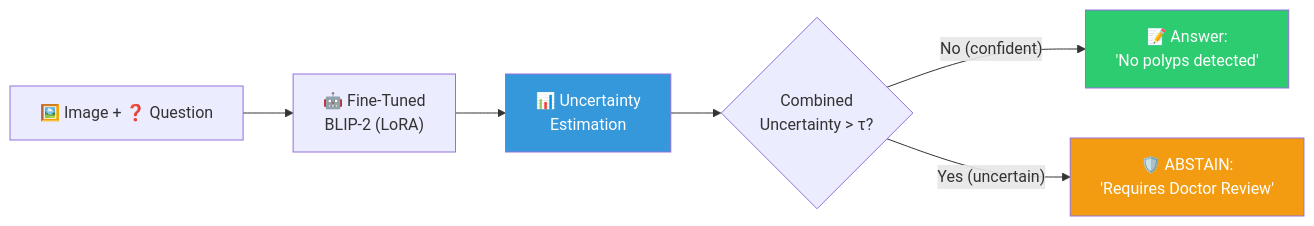
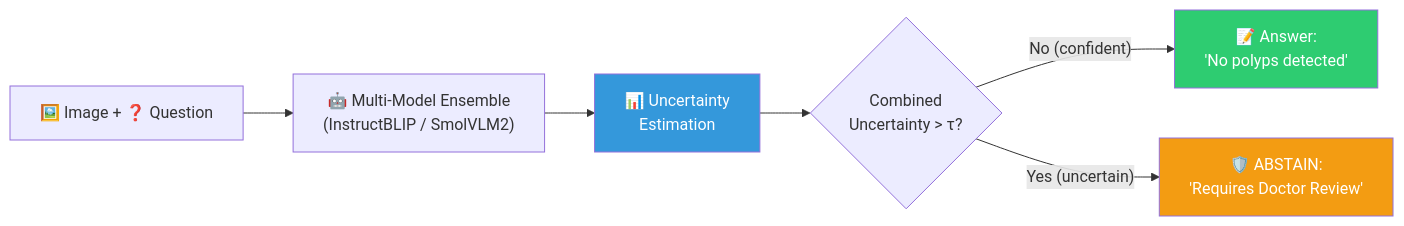
One commit to Prashant2525/AI-ML-based-approaches-for-the-medical-sector changed the second of 7 diagrams in project_novelty.md. Above: the diagram before and after it, drawn with Mermaid. The commit also changed other lines of this file and 3 other files, not shown here.

````diff
--- a/project_novelty.md
+++ b/project_novelty.md
@@ -33,12 +33,12 @@
 ```mermaid
 flowchart LR
-    A["🖼️ Image + ❓ Question"] --> B["🤖 Fine-Tuned<br/>BLIP-2 (LoRA)"]
+    A["🖼️ Image + ❓ Question"] --> B["🤖 Multi-Model Ensemble<br/>(InstructBLIP / SmolVLM2)"]
     B --> C["📊 Uncertainty<br/>Estimation"]
     C --> D{"Combined<br/>Uncertainty > τ?"}
     D -->|"No (confident)"| E["📝 Answer:<br/>'No polyps detected'"]
     D -->|"Yes (uncertain)"| F["🛡️ ABSTAIN:<br/>'Requires Doctor Review'"]
     
     style E fill:#2ecc71,color:#fff
     style F fill:#f39c12,color:#fff
     style C fill:#3498db,color:#fff
 ```
````
